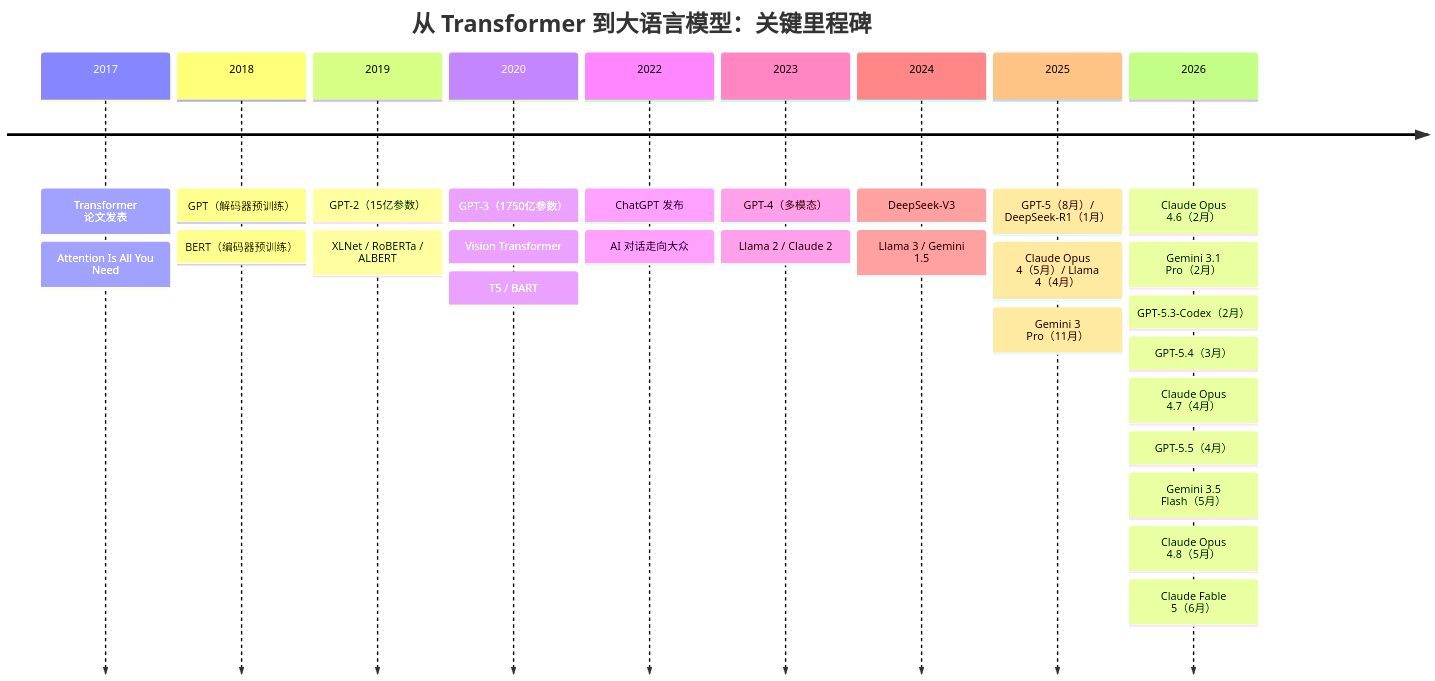
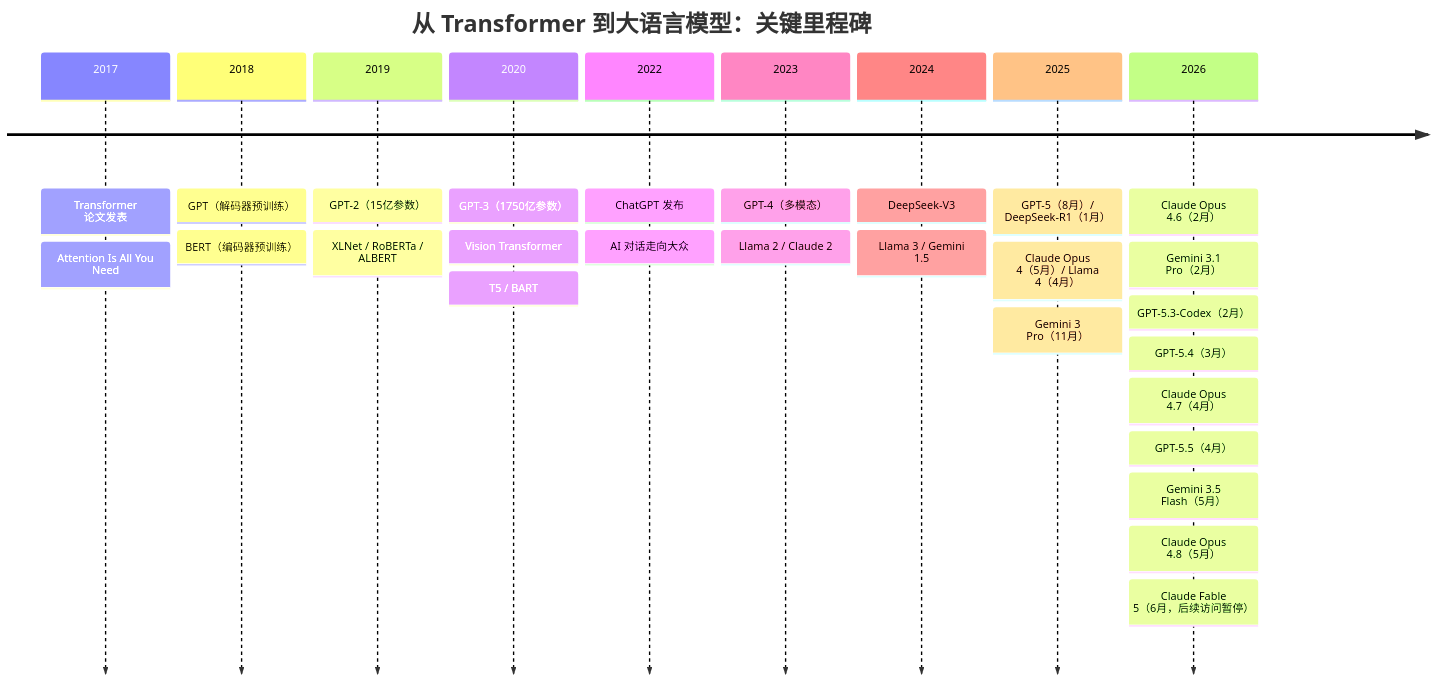
Before and after one commit to yeasy/llm_internals: the diagram in 01_introduction/1.5_milestones.md, drawn with Mermaid. The commit also changed other lines of this file and 2 other files, not shown here.

Commit message:
docs: refresh Claude and Llama model table

````diff
--- a/01_introduction/1.5_milestones.md
+++ b/01_introduction/1.5_milestones.md
@@ -5,31 +5,31 @@
 ```mermaid
 timeline
     title 从 Transformer 到大语言模型：关键里程碑
     2017 : Transformer 论文发表
          : Attention Is All You Need
     2018 : GPT（解码器预训练）
          : BERT（编码器预训练）
     2019 : GPT-2（15亿参数）
          : XLNet / RoBERTa / ALBERT
     2020 : GPT-3（1750亿参数）
          : Vision Transformer
          : T5 / BART
     2022 : ChatGPT 发布
          : AI 对话走向大众
     2023 : GPT-4（多模态）
          : Llama 2 / Claude 2
     2024 : DeepSeek-V3
          : Llama 3 / Gemini 1.5
     2025 : GPT-5（8月）/ DeepSeek-R1（1月）
          : Claude Opus 4（5月）/ Llama 4（4月）
          : Gemini 3 Pro（11月）
     2026 : Claude Opus 4.6（2月）
          : Gemini 3.1 Pro（2月）
          : GPT-5.3-Codex（2月）
          : GPT-5.4（3月）
          : Claude Opus 4.7（4月）
          : GPT-5.5（4月）
          : Gemini 3.5 Flash（5月）
          : Claude Opus 4.8（5月）
-         : Claude Fable 5（6月）
+         : Claude Fable 5（6月，后续访问暂停）
 ```
````
